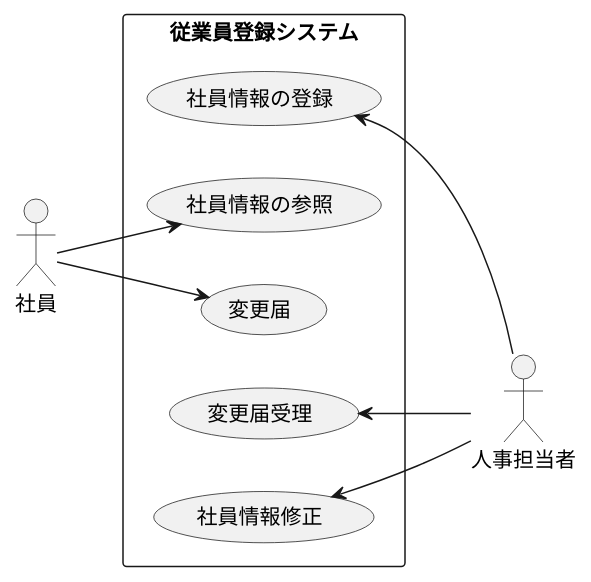
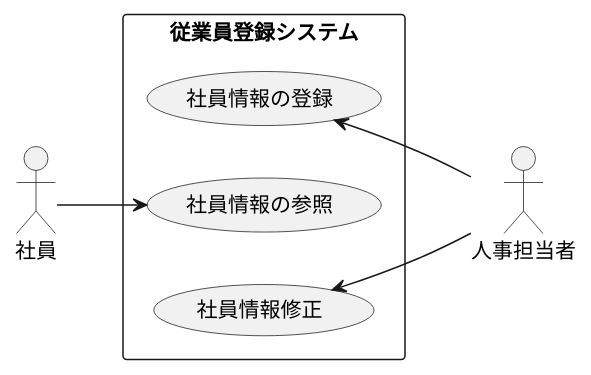
One commit to Nakmura0121/uml-introduction changed the diagram in 演習2-6_盛岡システム_従業員登録システム.pu. Above: the diagram before and after it, drawn with PlantUML.

Commit message:
演習2-6の修正

```diff
--- a/演習2-6_盛岡システム_従業員登録システム.pu
+++ b/演習2-6_盛岡システム_従業員登録システム.pu
@@ -1,17 +1,13 @@
 @startuml ユースケース図
 left to right direction
 actor 社員
 actor 人事担当者
 rectangle 従業員登録システム {
     usecase 社員情報の登録
     usecase 社員情報の参照
-    usecase 変更届
-    usecase 変更届受理
     usecase 社員情報修正
 }
 社員 --> 社員情報の参照
-社員 --> 変更届
 社員情報の登録 <-- 人事担当者
-変更届受理 <-- 人事担当者
 社員情報修正 <-- 人事担当者
 @enduml
```
